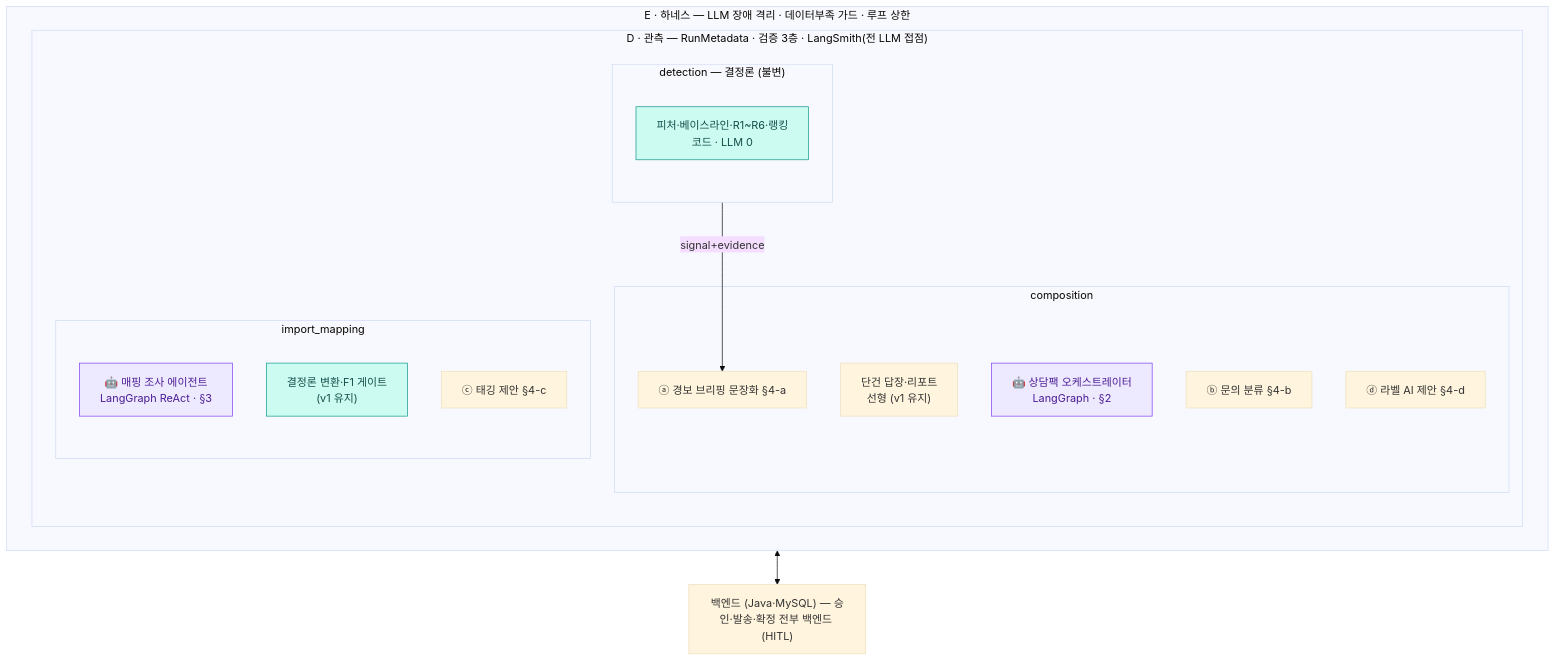
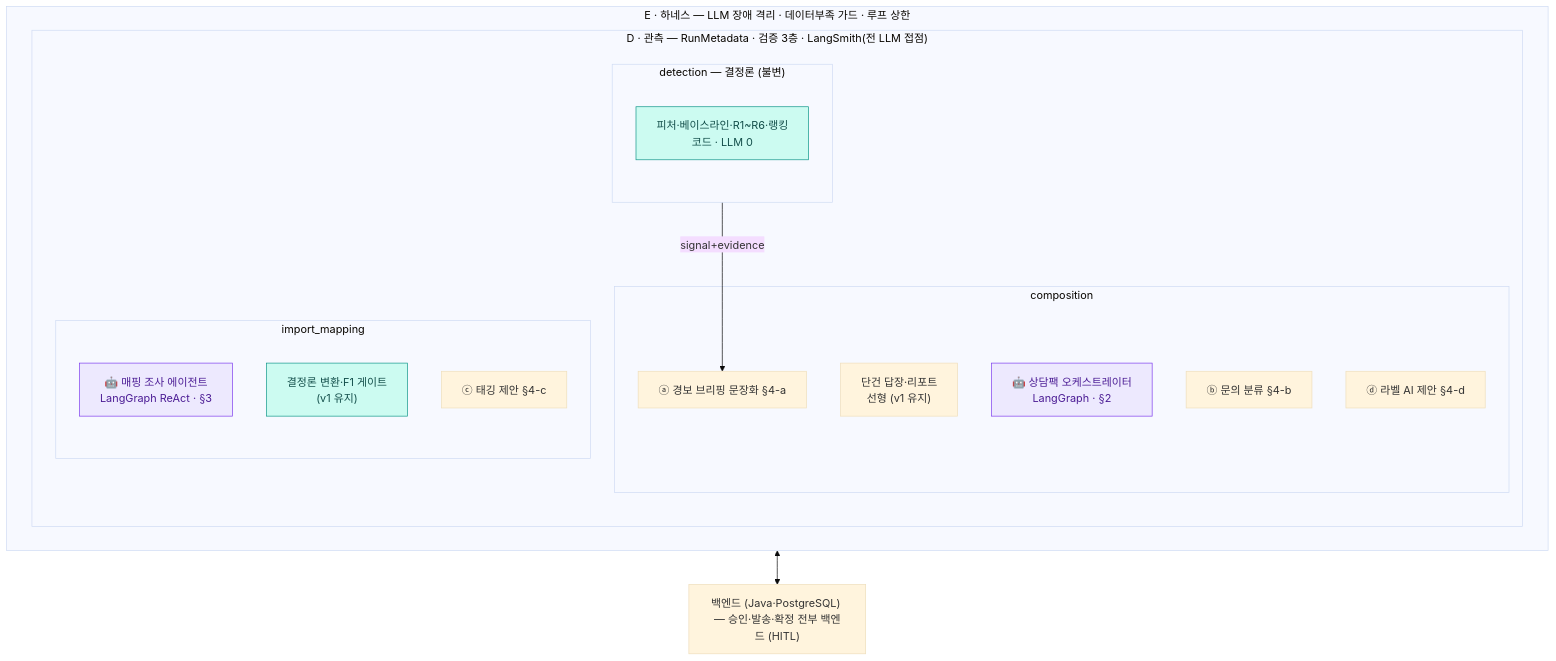
One commit to MTVS5-CheckOn/CheckOn-AI changed the first of 3 diagrams in docs/part_a/01_pipeline.md. Above: the diagram before and after it, drawn with Mermaid (base theme). The commit also changed other lines of this file and 19 other files, not shown here.

First line of the commit message:
docs: 백엔드 DB를 MySQL → PostgreSQL로 정정 (기능 변경 0)

````diff
--- a/docs/part_a/01_pipeline.md
+++ b/docs/part_a/01_pipeline.md
@@ -35,29 +35,29 @@
 ```mermaid
 flowchart TB
   subgraph E["E · 하네스 — LLM 장애 격리 · 데이터부족 가드 · 루프 상한"]
     subgraph D["D · 관측 — RunMetadata · 검증 3층 · LangSmith(전 LLM 접점)"]
       subgraph DET["detection — 결정론 (불변)"]
         d1["피처·베이스라인·R1~R6·랭킹<br/>코드 · LLM 0"]
       end
       subgraph CMP["composition"]
         c1["단건 답장·리포트<br/>선형 (v1 유지)"]
         c2["🤖 상담팩 오케스트레이터<br/>LangGraph · §2"]
         c3["ⓐ 경보 브리핑 문장화 §4-a"]
         c4["ⓑ 문의 분류 §4-b"]
         c5["ⓓ 라벨 AI 제안 §4-d"]
       end
       subgraph IMP["import_mapping"]
         i1["🤖 매핑 조사 에이전트<br/>LangGraph ReAct · §3"]
         i2["결정론 변환·F1 게이트<br/>(v1 유지)"]
         i3["ⓒ 태깅 제안 §4-c"]
       end
     end
   end
   DET -->|"signal+evidence"| c3
-  BE["백엔드 (Java·MySQL) — 승인·발송·확정 전부 백엔드 (HITL)"]
+  BE["백엔드 (Java·PostgreSQL) — 승인·발송·확정 전부 백엔드 (HITL)"]
   E <--> BE
   classDef agent fill:#ede9fe,stroke:#7c3aed,color:#4c1d95;
   classDef code fill:#ccfbf1,stroke:#0d9488,color:#134e4a;
   class c2,i1 agent;
   class d1,i2 code;
 ```
````
